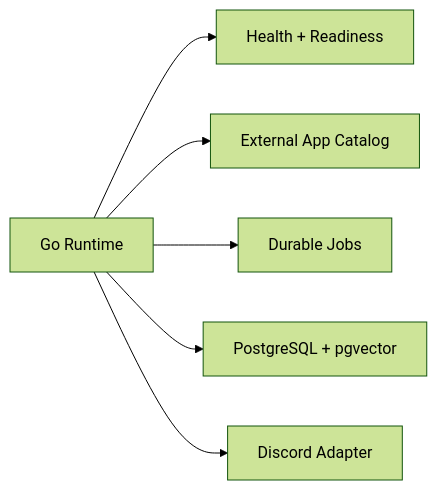
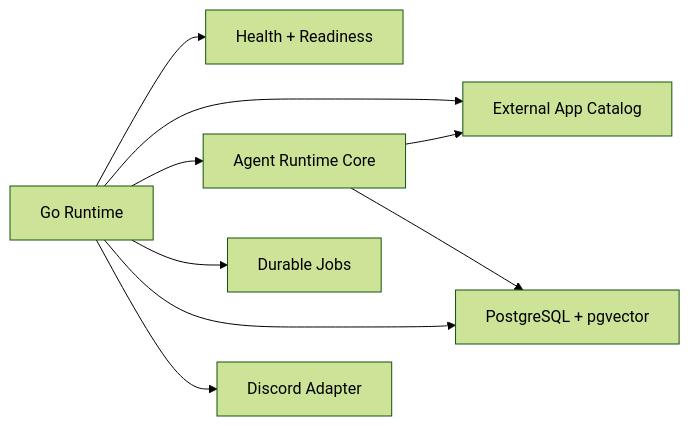
The diagram in docs/index.mdx (gOps132/GigiDC), drawn with Mermaid (forest theme) before and after one commit. The commit also changed other lines of this file and 4 other files, not shown here.

Commit message:
docs: reframe v0 as agent runtime core

````diff
--- a/docs/index.mdx
+++ b/docs/index.mdx
@@ -16,8 +18,11 @@
 ```mermaid
 flowchart LR
   Runtime["Go Runtime"] --> Health["Health + Readiness"]
   Runtime --> Plugins["External App Catalog"]
+  Runtime --> Agent["Agent Runtime Core"]
   Runtime --> Jobs["Durable Jobs"]
   Runtime --> Storage["PostgreSQL + pgvector"]
   Runtime --> Discord["Discord Adapter"]
+  Agent --> Plugins
+  Agent --> Storage
 ```
````
